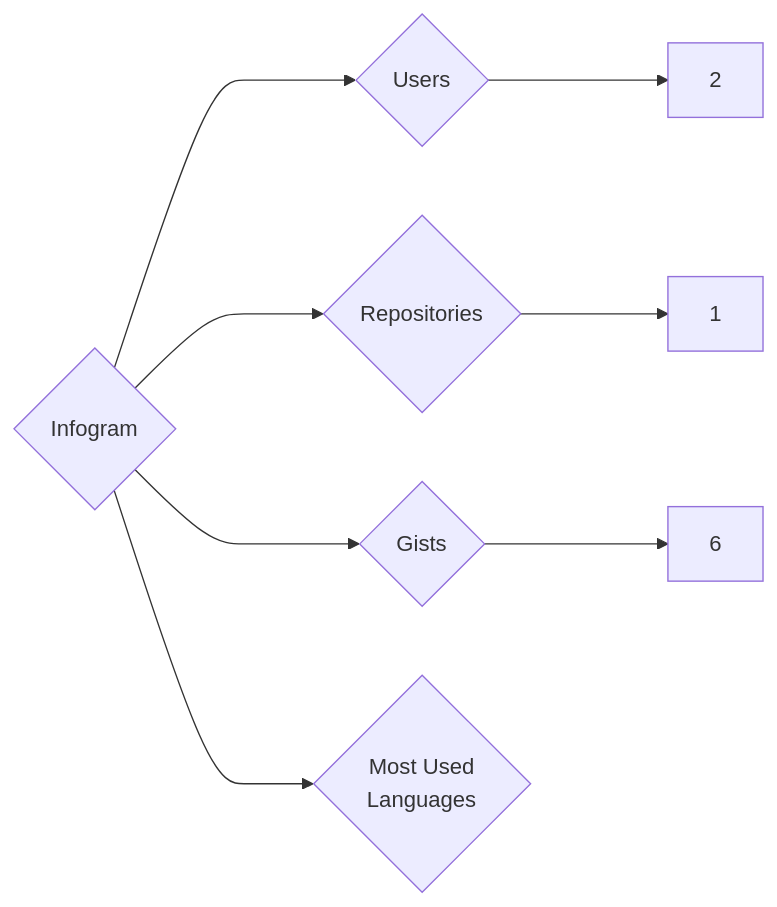
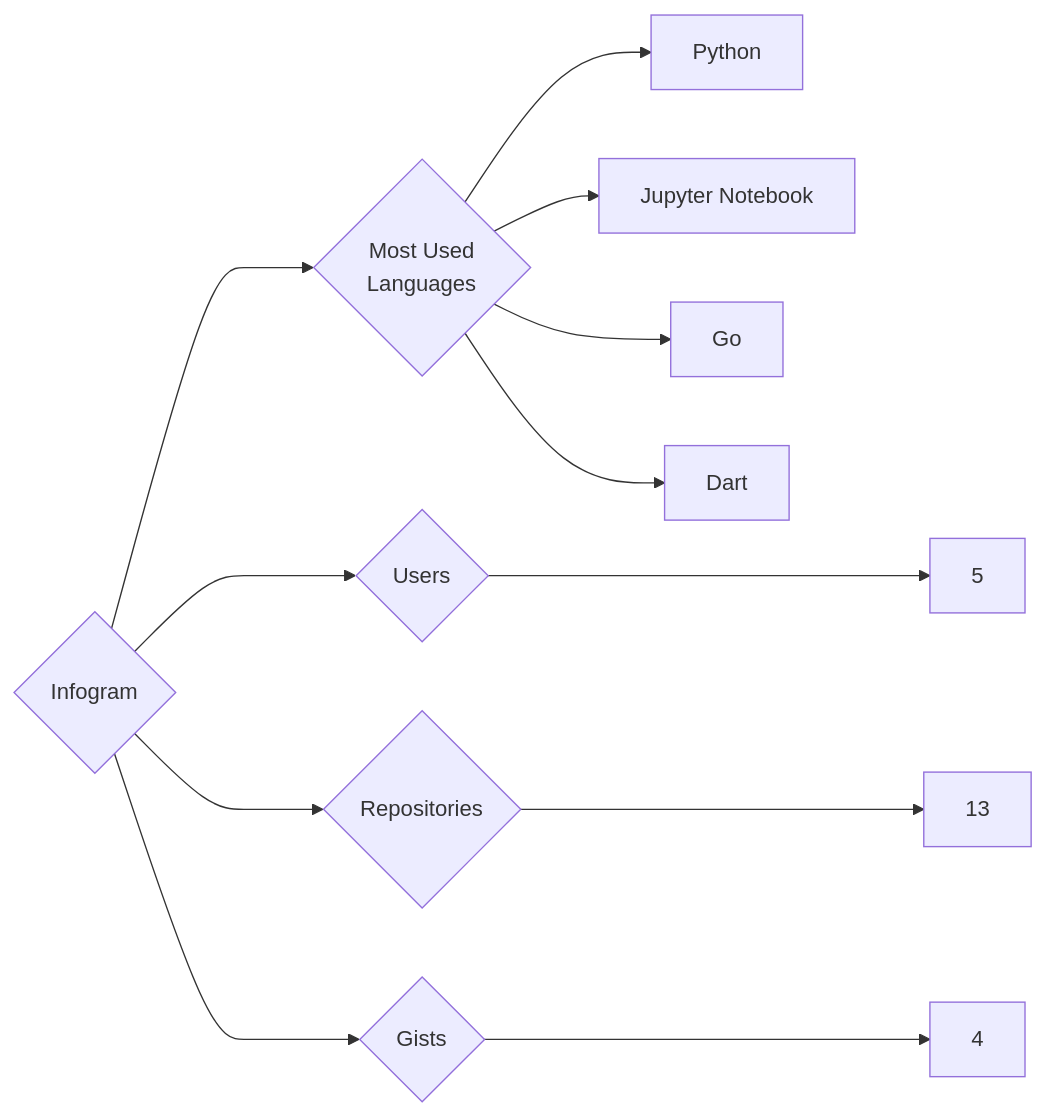
Before and after one commit to trickest/insiders: the diagram in targets/Infogram/README.md, drawn with Mermaid. The commit also changed 1141 other files, not shown here.

````diff
--- a/targets/Infogram/README.md
+++ b/targets/Infogram/README.md
@@ -3,8 +3,12 @@
 ```mermaid
 graph LR
 COMPANY_NAME{Infogram}
-COMPANY_NAME ---> U{Users} ---> UN[2]
-COMPANY_NAME ---> R{Repositories} ---> RN[1]
-COMPANY_NAME ---> G{Gists} ---> GN[6]
+COMPANY_NAME ---> U{Users} ---> UN[5]
+COMPANY_NAME ---> R{Repositories} ---> RN[13]
+COMPANY_NAME ---> G{Gists} ---> GN[4]
 COMPANY_NAME ---> ML{Most Used<br>Languages}
+ML --> Python[Python]
+ML --> Jupyter_Notebook[Jupyter Notebook]
+ML --> Go[Go]
+ML --> Dart[Dart]
 ```
````
